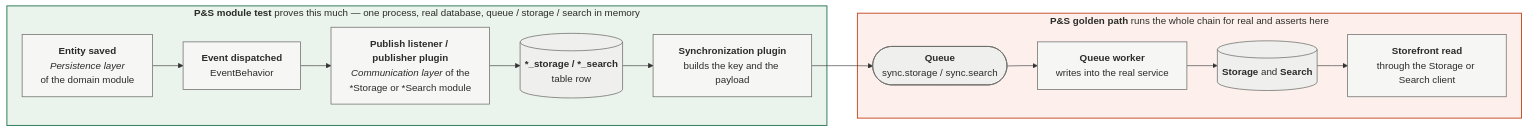
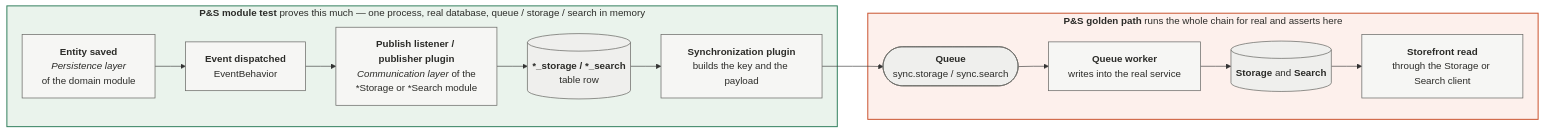
The diagram in _includes/diagrams/testing/publish-and-synchronize-coverage.mmd (spryker/spryker-docs), drawn with Mermaid before and after one commit. The commit also changed 10 other files, not shown here.

First line of the commit message:
Address review: fix clipped diagram labels, list parallel prose, add summary

```diff
--- a/_includes/diagrams/testing/publish-and-synchronize-coverage.mmd
+++ b/_includes/diagrams/testing/publish-and-synchronize-coverage.mmd
@@ -1,35 +1,35 @@
-%%{init: {"flowchart": {"htmlLabels": true, "curve": "linear"}} }%%
+%%{init: {"fontFamily": "Arial, Helvetica, sans-serif", "themeVariables": {"fontFamily": "Arial, Helvetica, sans-serif"}, "flowchart": {"htmlLabels": true, "curve": "linear", "padding": 16}} }%%
 flowchart LR
     EN["<b>Entity saved</b><br/><i>Persistence layer</i><br/>of the domain module"]
     EV["<b>Event dispatched</b><br/>EventBehavior"]
     PB["<b>Publish listener / publisher plugin</b><br/><i>Communication layer</i> of the<br/>*Storage or *Search module"]
     TB[("<b>*_storage / *_search</b><br/>table row")]
     SY["<b>Synchronization plugin</b><br/>builds the key and the payload"]
     QU(["<b>Queue</b><br/>sync.storage / sync.search"])
     WK["<b>Queue worker</b><br/>writes into the real service"]
     ST[("<b>Storage</b> and <b>Search</b>")]
     RD["<b>Storefront read</b><br/>through the Storage or Search client"]
 
     EN --> EV --> PB --> TB --> SY --> QU --> WK --> ST --> RD
 
     subgraph MOD["<b>P&amp;S module test</b> proves this much — one process, real database, queue / storage / search in memory"]
         EN
         EV
         PB
         TB
         SY
     end
 
     subgraph GOLD["<b>P&amp;S golden path</b> runs the whole chain for real and asserts here"]
         QU
         WK
         ST
         RD
     end
 
     classDef step fill:#F6F6F4,stroke:#6B6B68,stroke-width:1.2px,color:#2B2B28
     classDef store fill:#EFEFED,stroke:#6B6B68,stroke-width:1.2px,color:#2B2B28
     class EN,EV,PB,SY,WK,RD step
     class TB,QU,ST store
     style MOD fill:#EAF3EC,stroke:#2E7D5B,stroke-width:1.6px,color:#2B2B28
     style GOLD fill:#FDF0EC,stroke:#C9502B,stroke-width:1.6px,color:#2B2B28
```
